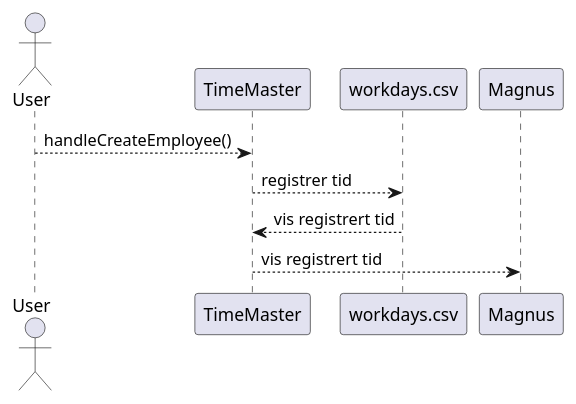
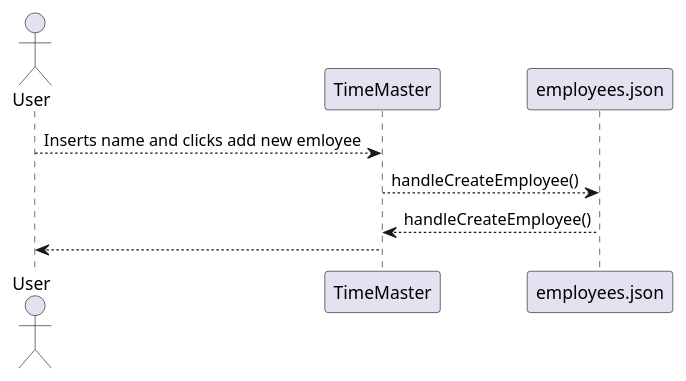
Before and after one commit to sleipner01/TimeMaster: the diagram in docs/diagrams/sequencediagram.plantuml, drawn with PlantUML.

Commit message:
Edited diagrams
Removed package diagram, edited sequence diagram

co-authored by: @magnueb

Issue: #28

```diff
--- a/docs/diagrams/sequencediagram.plantuml
+++ b/docs/diagrams/sequencediagram.plantuml
@@ -1,10 +1,10 @@
 @startuml Time Master
 
 actor User
 
-User --> TimeMaster : handleCreateEmployee()
-TimeMaster --> workdays.csv : registrer tid 
-workdays.csv --> TimeMaster : vis registrert tid
-TimeMaster --> Magnus : vis registrert tid
+User --> TimeMaster : Inserts name and clicks add new emloyee
+TimeMaster --> employees.json: handleCreateEmployee()
+employees.json --> TimeMaster : handleCreateEmployee()
+TimeMaster --> User : 
 
 @enduml
```
